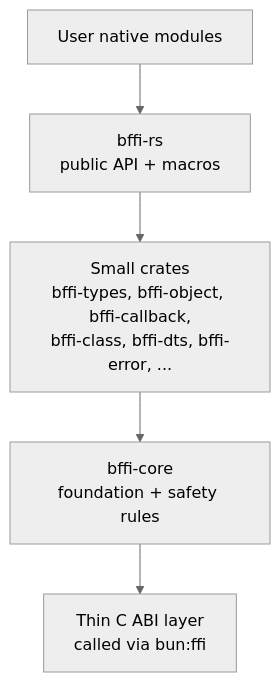
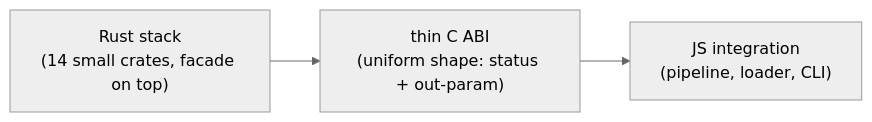
Before and after one commit to DotBlood/bffi-rs: the diagram in docs/DESIGN.md, drawn with Mermaid (neutral theme). The commit also changed other lines of this file and 17 other files, not shown here.

````diff
--- a/docs/DESIGN.md
+++ b/docs/DESIGN.md
@@ -63,10 +31,8 @@
 ```mermaid
-flowchart TB
-    U["User native modules"]
-    F["bffi-rs<br/>public API + macros"]
-    S["Small crates<br/>bffi-types, bffi-object, bffi-callback,<br/>bffi-class, bffi-dts, bffi-error, ..."]
-    C["bffi-core<br/>foundation + safety rules"]
-    A["Thin C ABI layer<br/>called via bun:ffi"]
+flowchart LR
+    R["Rust stack<br/>(14 small crates, facade on top)"]
+    A["thin C ABI<br/>(uniform shape: status + out-param)"]
+    J["JS integration<br/>(pipeline, loader, CLI)"]
 
-    U --> F --> S --> C --> A
+    R --> A --> J
 ```
````
